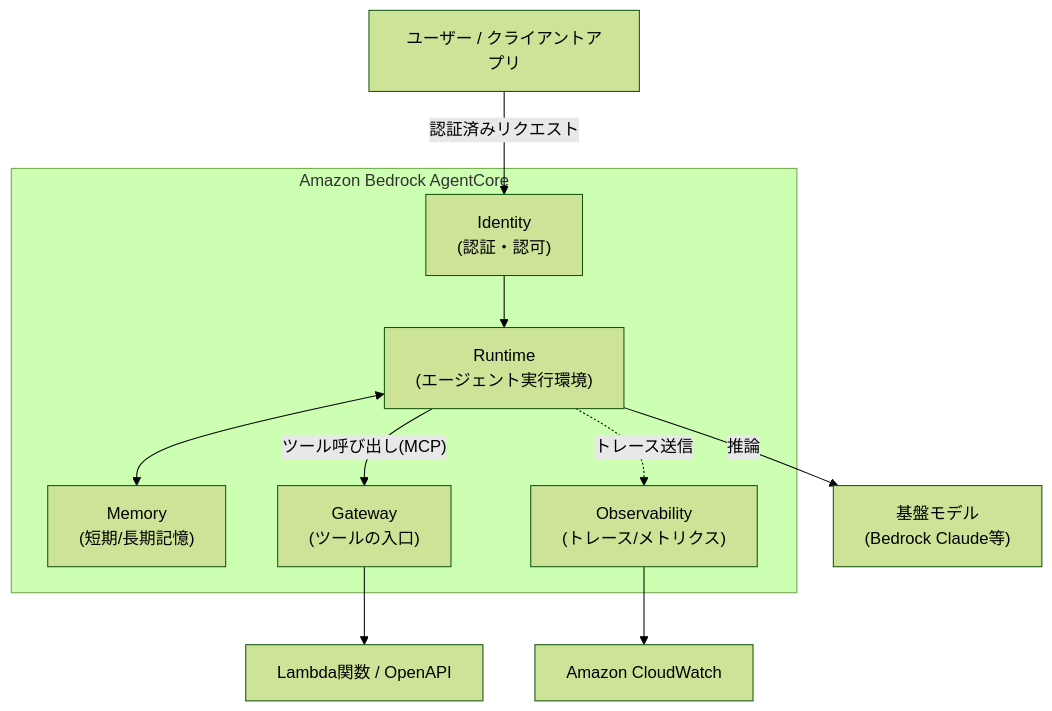
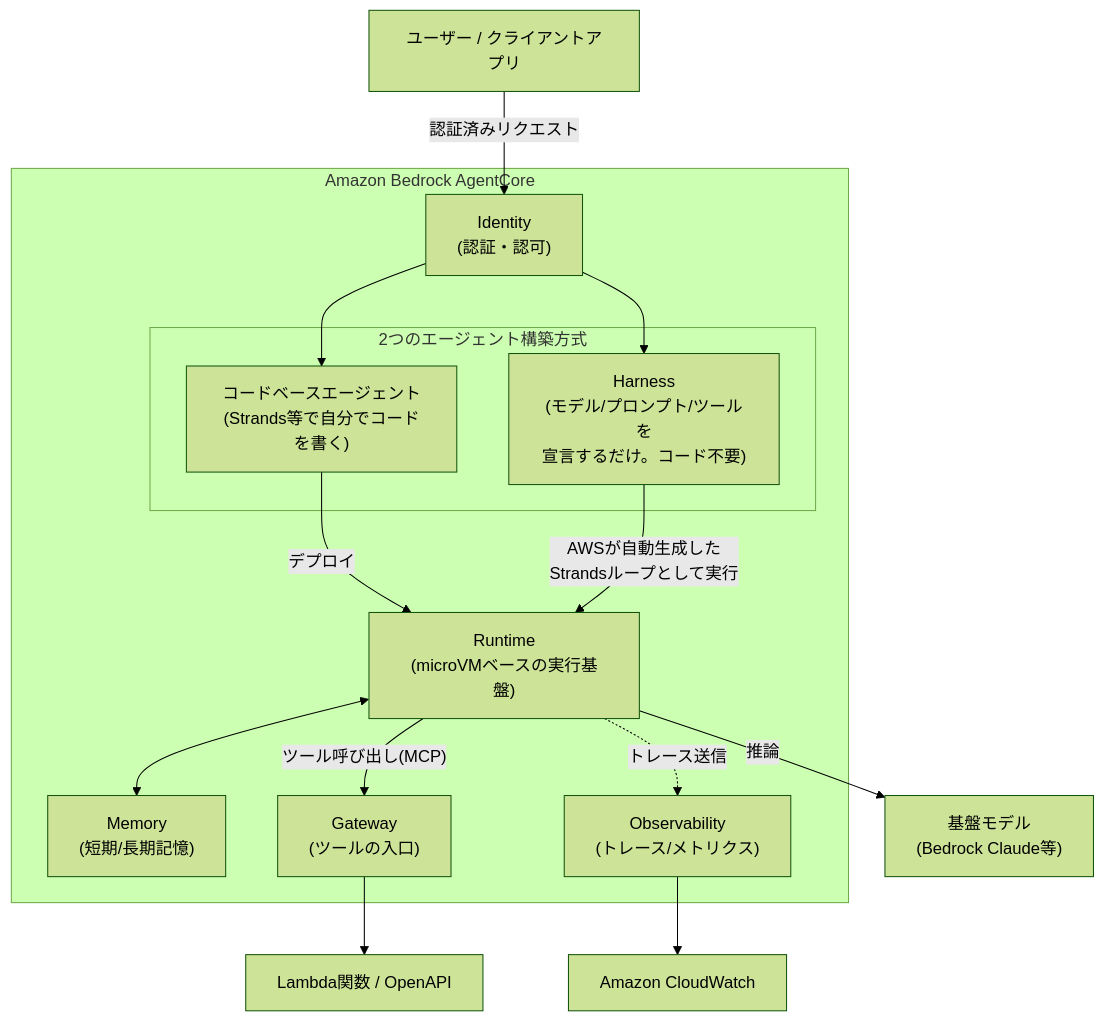
Before and after one commit to htrbass44/TIL: the first of 5 diagrams in aws-agent/aws-agentcore-handson.md, drawn with Mermaid (forest theme). The commit also changed other lines of this file and 3 other files, not shown here.

````diff
--- a/aws-agent/aws-agentcore-handson.md
+++ b/aws-agent/aws-agentcore-handson.md
@@ -24,25 +25,34 @@
 ```mermaid
 flowchart TB
     User["ユーザー / クライアントアプリ"]
 
     subgraph AgentCore["Amazon Bedrock AgentCore"]
         Identity["Identity<br/>(認証・認可)"]
-        Runtime["Runtime<br/>(エージェント実行環境)"]
+
+        subgraph Build["2つのエージェント構築方式"]
+            CodeAgent["コードベースエージェント<br/>(Strands等で自分でコードを書く)"]
+            Harness["Harness<br/>(モデル/プロンプト/ツールを<br/>宣言するだけ。コード不要)"]
+        end
+
+        Runtime["Runtime<br/>(microVMベースの実行基盤)"]
         Memory["Memory<br/>(短期/長期記憶)"]
         Gateway["Gateway<br/>(ツールの入口)"]
         Observability["Observability<br/>(トレース/メトリクス)"]
     end
 
     LLM["基盤モデル<br/>(Bedrock Claude等)"]
     Lambda["Lambda関数 / OpenAPI"]
     CW["Amazon CloudWatch"]
 
     User -- "認証済みリクエスト" --> Identity
-    Identity --> Runtime
+    Identity --> CodeAgent
+    Identity --> Harness
+    CodeAgent -- "デプロイ" --> Runtime
+    Harness -- "AWSが自動生成した<br/>Strandsループとして実行" --> Runtime
     Runtime <--> Memory
     Runtime -- "ツール呼び出し(MCP)" --> Gateway
     Gateway --> Lambda
     Runtime -- "推論" --> LLM
     Runtime -. "トレース送信" .-> Observability
     Observability --> CW
 ```
````
